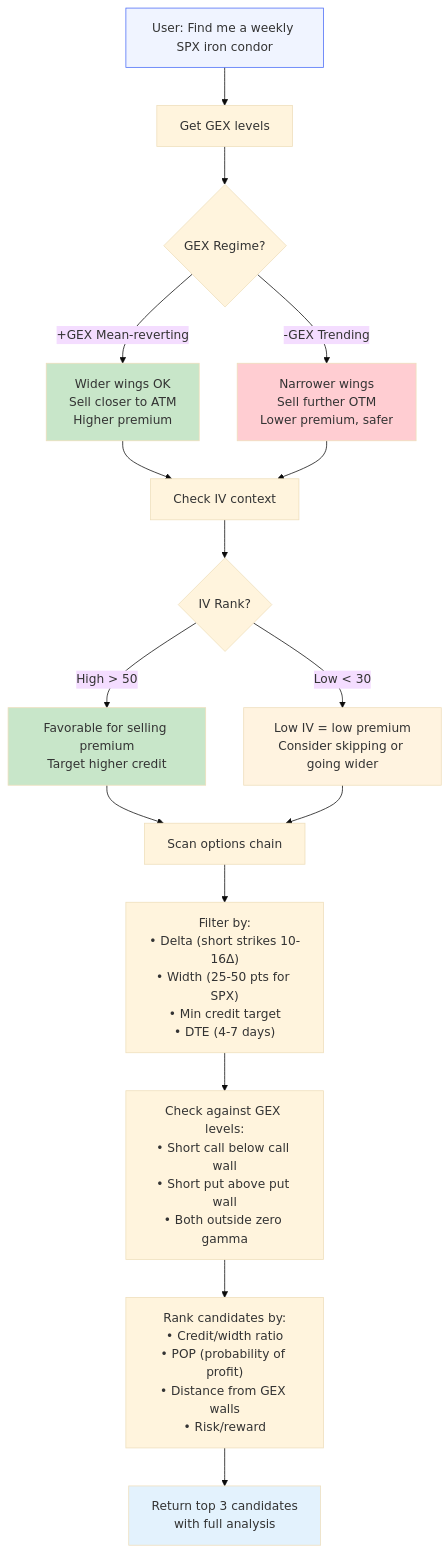
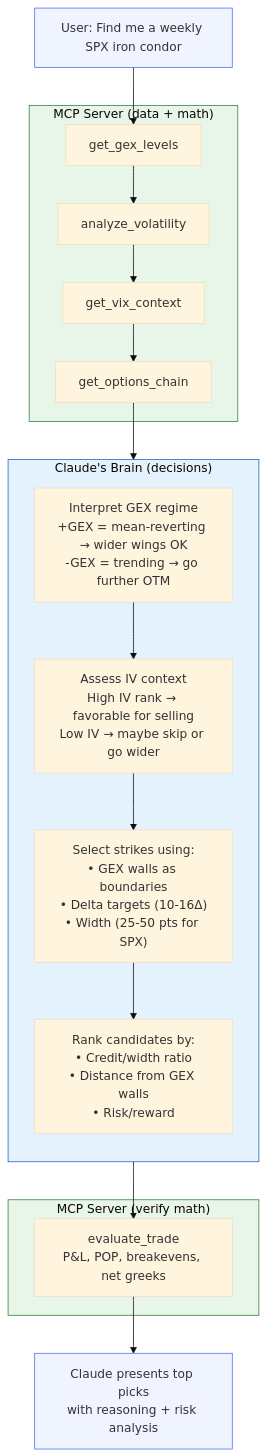
The eighth of 8 diagrams in docs/ARCHITECTURE.md (nsnguyen/thinkorswim_local_mcp), drawn with Mermaid (base theme) before and after one commit. The commit also changed other lines of this file and 1 other file, not shown here.

First line of the commit message:
Remove strategy engine from MCP — Claude is the brain

````diff
--- a/docs/ARCHITECTURE.md
+++ b/docs/ARCHITECTURE.md
@@ -537,33 +538,35 @@
 ```mermaid
 flowchart TB
-    Start[User: Find me a weekly SPX iron condor] --> GEX[Get GEX levels]
-    GEX --> Regime{GEX Regime?}
+    Start[User: Find me a weekly SPX iron condor] --> D1
 
-    Regime -->|+GEX Mean-reverting| Wide["Wider wings OK<br/>Sell closer to ATM<br/>Higher premium"]
-    Regime -->|-GEX Trending| Narrow["Narrower wings<br/>Sell further OTM<br/>Lower premium, safer"]
+    subgraph MCP["MCP Server (data + math)"]
+        D1[get_gex_levels] --> D2[analyze_volatility]
+        D2 --> D3[get_vix_context]
+        D3 --> D4[get_options_chain]
+    end
 
-    Wide --> IV[Check IV context]
-    Narrow --> IV
+    D4 --> Claude
 
-    IV --> IVH{IV Rank?}
-    IVH -->|High > 50| Sell["Favorable for selling premium<br/>Target higher credit"]
-    IVH -->|Low < 30| Caution["Low IV = low premium<br/>Consider skipping or going wider"]
+    subgraph Claude["Claude's Brain (decisions)"]
+        direction TB
+        C1["Interpret GEX regime<br/>+GEX = mean-reverting → wider wings OK<br/>-GEX = trending → go further OTM"]
+        C2["Assess IV context<br/>High IV rank → favorable for selling<br/>Low IV → maybe skip or go wider"]
+        C3["Select strikes using:<br/>• GEX walls as boundaries<br/>• Delta targets (10-16Δ)<br/>• Width (25-50 pts for SPX)"]
+        C4["Rank candidates by:<br/>• Credit/width ratio<br/>• Distance from GEX walls<br/>• Risk/reward"]
+        C1 --> C2 --> C3 --> C4
+    end
 
-    Sell --> Scan[Scan options chain]
-    Caution --> Scan
+    C4 --> Verify
 
-    Scan --> Filter["Filter by:<br/>• Delta (short strikes 10-16Δ)<br/>• Width (25-50 pts for SPX)<br/>• Min credit target<br/>• DTE (4-7 days)"]
+    subgraph MCP2["MCP Server (verify math)"]
+        Verify[evaluate_trade<br/>P&L, POP, breakevens, net greeks]
+    end
 
-    Filter --> Walls["Check against GEX levels:<br/>• Short call below call wall<br/>• Short put above put wall<br/>• Both outside zero gamma"]
-
-    Walls --> Rank["Rank candidates by:<br/>• Credit/width ratio<br/>• POP (probability of profit)<br/>• Distance from GEX walls<br/>• Risk/reward"]
-
-    Rank --> Output["Return top 3 candidates<br/>with full analysis"]
+    Verify --> Output["Claude presents top picks<br/>with reasoning + risk analysis"]
 
     style Start fill:#f0f4ff,stroke:#4a6cf7
-    style Wide fill:#c8e6c9
-    style Narrow fill:#ffcdd2
-    style Sell fill:#c8e6c9
-    style Caution fill:#fff3e0
-    style Output fill:#e3f2fd
+    style MCP fill:#e8f5e9,stroke:#2e7d32
+    style Claude fill:#e3f2fd,stroke:#1565c0
+    style MCP2 fill:#e8f5e9,stroke:#2e7d32
+    style Output fill:#f0f4ff,stroke:#4a6cf7
 ```
````
